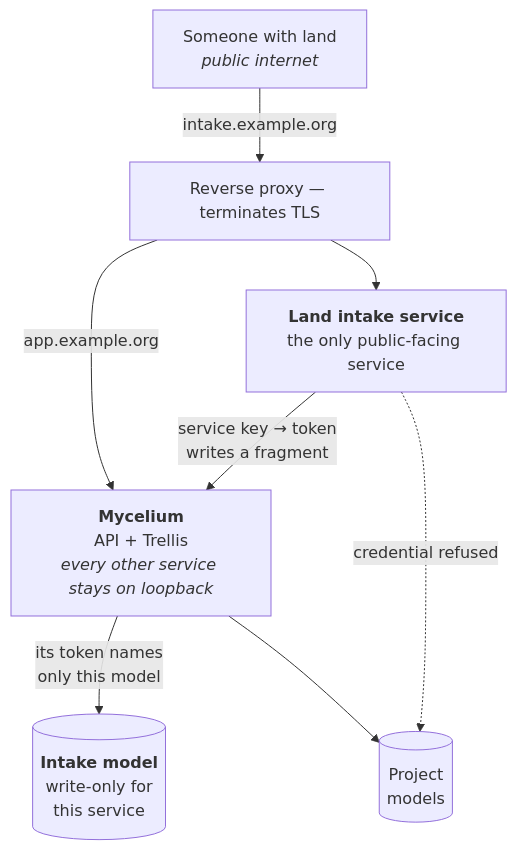
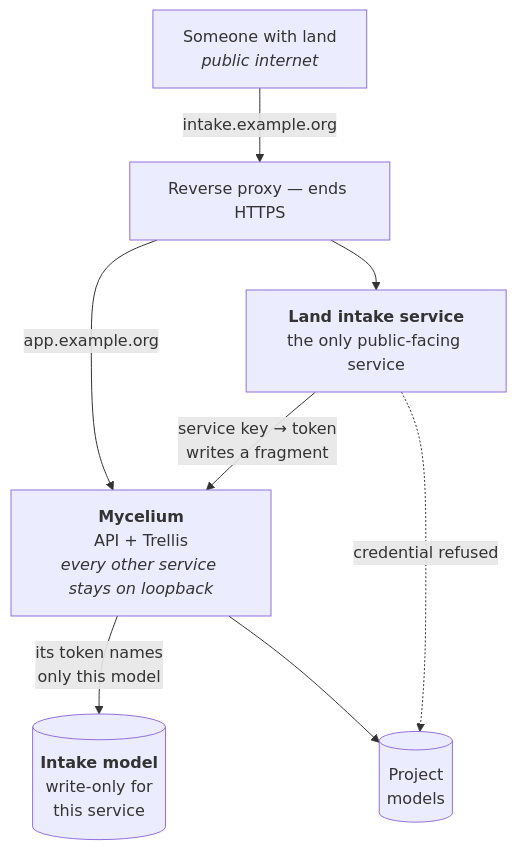
One commit to ReGen-Villages/VillageOS-API changed the eighth of 10 diagrams in docs/LAND_INTAKE.md. Above: the diagram before and after it, drawn with Mermaid. The commit also changed other lines of this file, not shown here.

````diff
--- a/docs/LAND_INTAKE.md
+++ b/docs/LAND_INTAKE.md
@@ -1158,17 +1141,17 @@
 ```mermaid
 flowchart TB
   U["Someone with land<br/><i>public internet</i>"]
-  PX["Reverse proxy — terminates TLS"]
+  PX["Reverse proxy — ends HTTPS"]
   LI["<b>Land intake service</b><br/>the only public-facing service"]
   M["<b>Mycelium</b><br/>API + Trellis<br/><i>every other service stays on loopback</i>"]
   IM[("<b>Intake model</b><br/>write-only for<br/>this service")]
   PM[("Project<br/>models")]
 
   U -->|"intake.example.org"| PX
   PX --> LI
   PX -->|"app.example.org"| M
   LI -->|"service key → token<br/>writes a fragment"| M
   M -->|"its token names<br/>only this model"| IM
   M --> PM
   LI -.->|"credential refused"| PM
 ```
````
